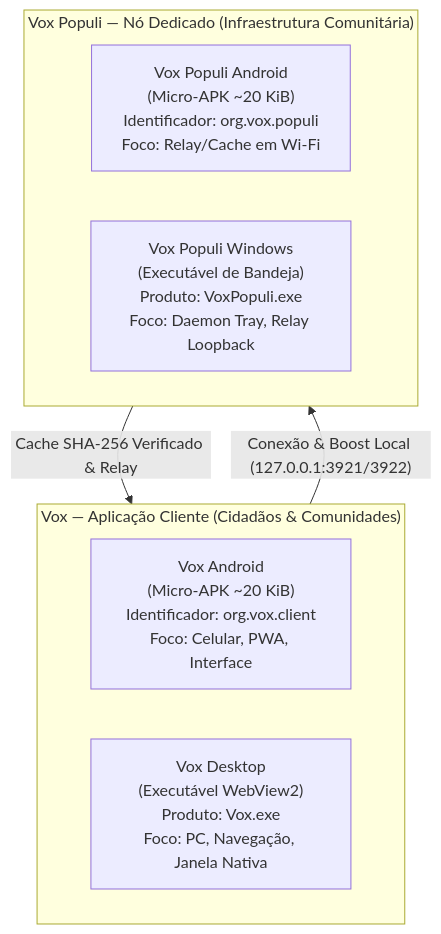
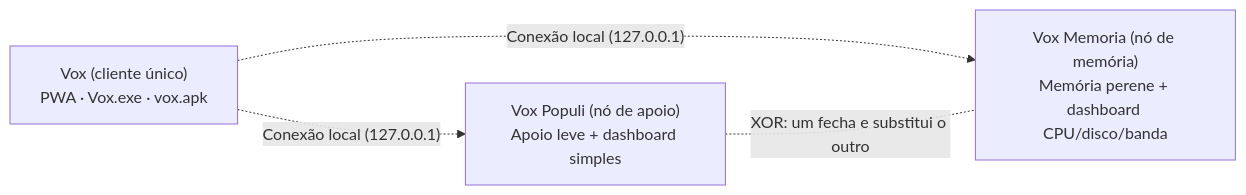
One commit to yurikayel/vox changed the diagram in docs/adr/011-taxonomia-tripartite-produtos-vox.md. Above: the diagram before and after it, drawn with Mermaid. The commit also changed other lines of this file and 5 other files, not shown here.

Commit message:
docs: taxonomia tripartite Vox / Vox Populi / Vox Memoria e Conexão local (ADR-011)

````diff
--- a/docs/adr/011-taxonomia-tripartite-produtos-vox.md
+++ b/docs/adr/011-taxonomia-tripartite-produtos-vox.md
@@ -26,17 +22,10 @@
 ```mermaid
-flowchart TD
-    subgraph Cliente ["Vox — Aplicação Cliente (Cidadãos & Comunidades)"]
-        direction LR
-        AndroidClient["Vox Android\n(Micro-APK ~20 KiB)\nIdentificador: org.vox.client\nFoco: Celular, PWA, Interface"]
-        DesktopClient["Vox Desktop\n(Executável WebView2)\nProduto: Vox.exe\nFoco: PC, Navegação, Janela Nativa"]
-    end
+flowchart LR
+    Vox["Vox (cliente único)\nPWA · Vox.exe · vox.apk"]
+    Populi["Vox Populi (nó de apoio)\nApoio leve + dashboard simples"]
+    Memoria["Vox Memoria (nó de memória)\nMemória perene + dashboard CPU/disco/banda"]
 
-    subgraph NoDedicado ["Vox Populi — Nó Dedicado (Infraestrutura Comunitária)"]
-        direction LR
-        AndroidNode["Vox Populi Android\n(Micro-APK ~20 KiB)\nIdentificador: org.vox.populi\nFoco: Relay/Cache em Wi-Fi"]
-        DesktopNode["Vox Populi Windows\n(Executável de Bandeja)\nProduto: VoxPopuli.exe\nFoco: Daemon Tray, Relay Loopback"]
-    end
-
-    Cliente -->|"Conexão & Boost Local (127.0.0.1:3921/3922)"| NoDedicado
-    NoDedicado -->|"Cache SHA-256 Verificado & Relay"| Cliente
+    Vox -. "Conexão local (127.0.0.1)" .-> Populi
+    Vox -. "Conexão local (127.0.0.1)" .-> Memoria
+    Populi -. "XOR: um fecha e substitui o outro" .- Memoria
 ```
````
